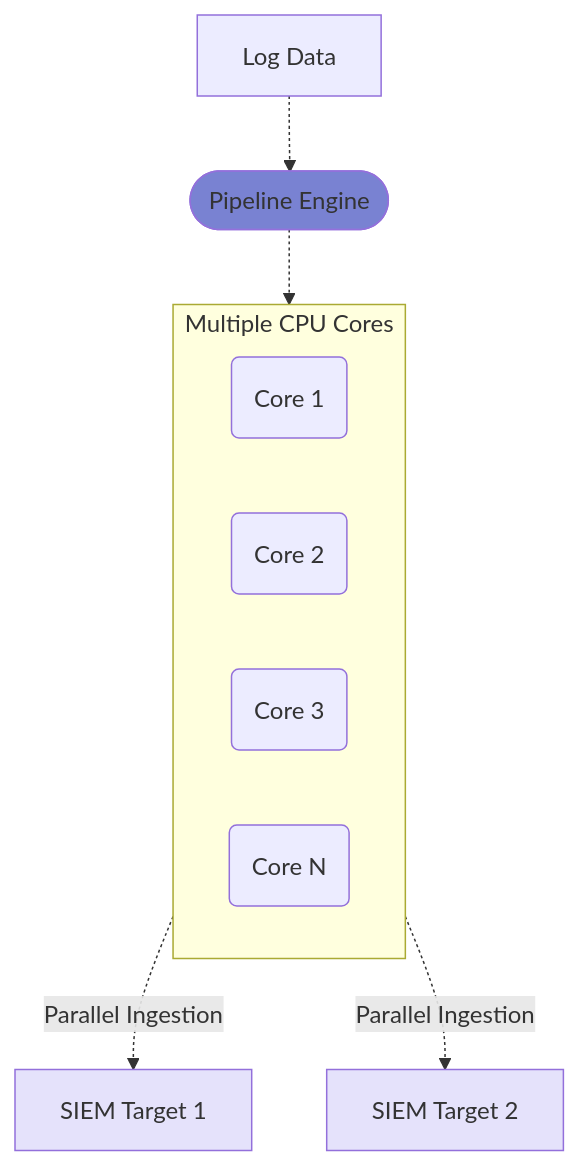
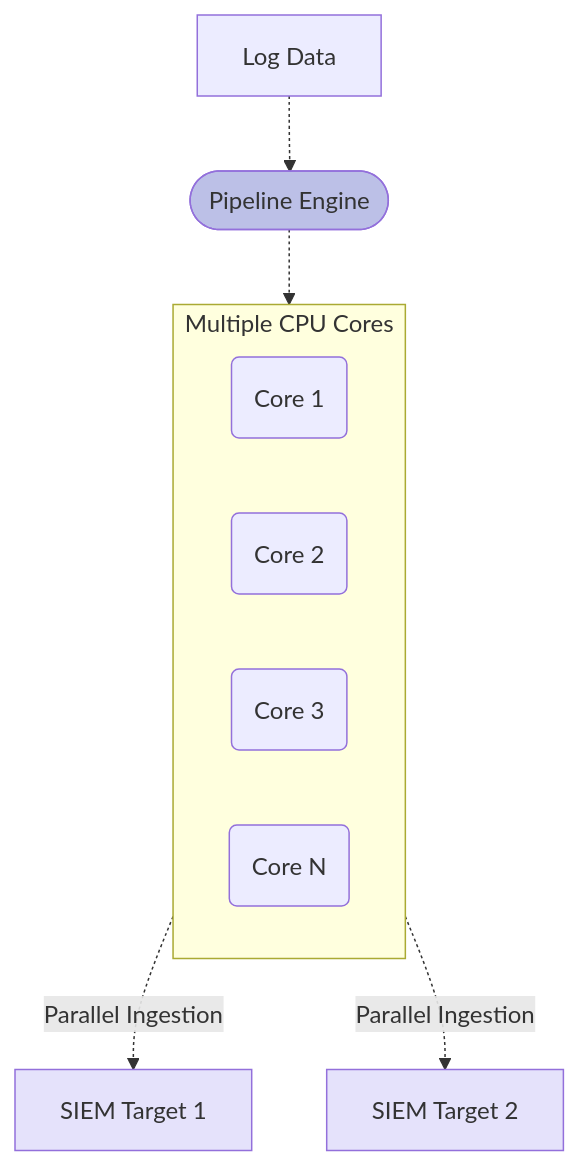
One commit to VirtualMetric/virtualmetric-docs changed the second of 8 diagrams in docs/about/key-features.mdx. Above: the diagram before and after it, drawn with Mermaid. The commit also changed other lines of this file and 7 other files, not shown here.

````diff
--- a/docs/about/key-features.mdx
+++ b/docs/about/key-features.mdx
@@ -69,19 +69,19 @@
 ```mermaid
 graph TD
     subgraph Cores[Multiple CPU Cores]
         C1(Core 1)
         C2(Core 2)
         C3(Core 3)
         C4(Core N)
     end
     
     Data[Log Data] -.-> Pipeline([Pipeline Engine])
     Pipeline -.-> Cores
     
     Cores -.-> |Parallel Ingestion| SIEM1[SIEM Target 1]
     Cores -.-> |Parallel Ingestion| SIEM2[SIEM Target 2]
     
-    style Pipeline fill:#7982D2
+    style Pipeline fill:#BCC0E7
     style SIEM1 fill:#E5E2FB
     style SIEM2 fill:#E5E2FB
 ```
````
